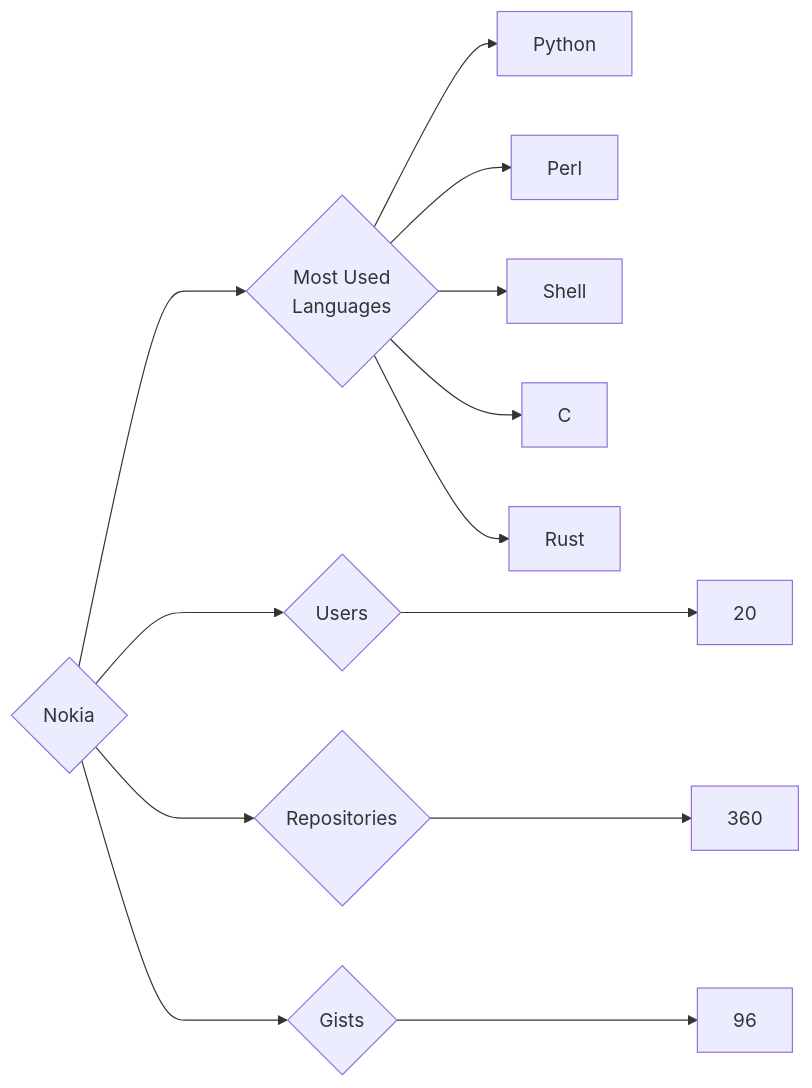
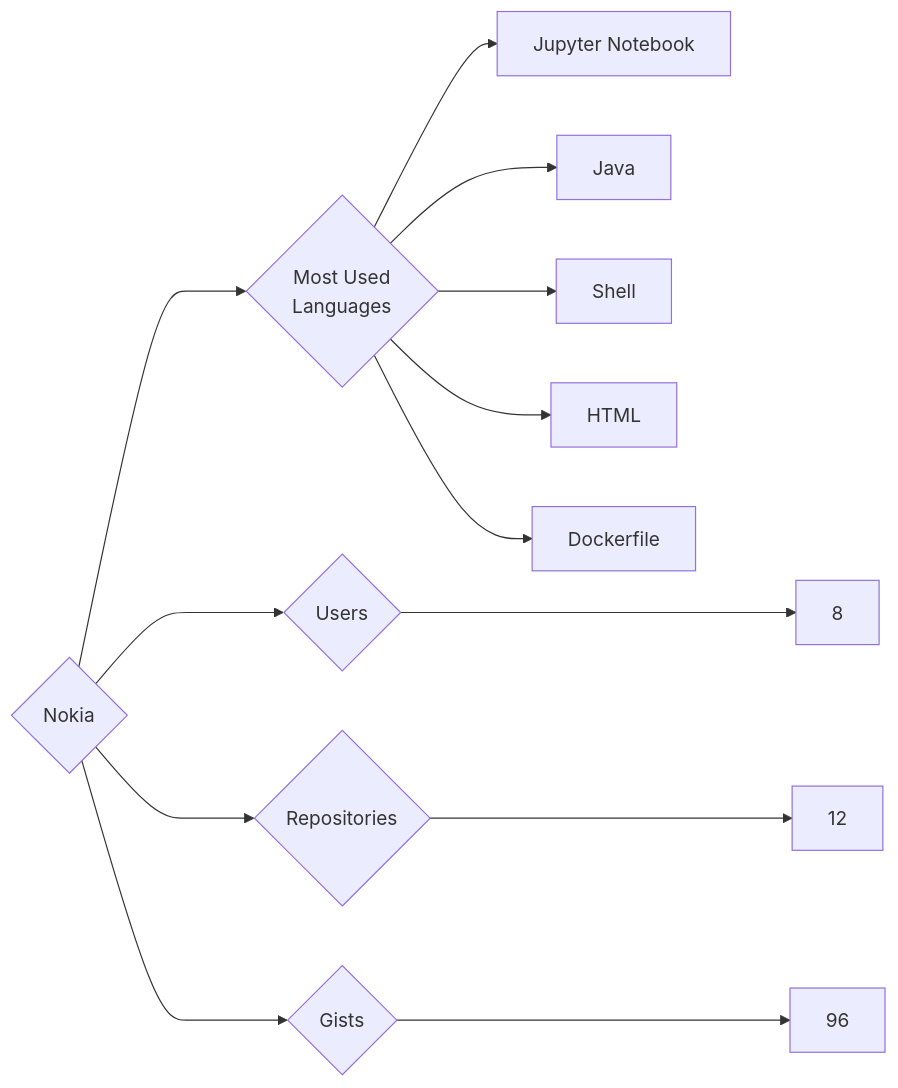
The diagram in targets/Nokia/README.md (trickest/insiders), drawn with Mermaid before and after one commit. The commit also changed 1496 other files, not shown here.

````diff
--- a/targets/Nokia/README.md
+++ b/targets/Nokia/README.md
@@ -3,13 +3,13 @@
 ```mermaid
 graph LR
 COMPANY_NAME{Nokia}
-COMPANY_NAME ---> U{Users} ---> UN[20]
-COMPANY_NAME ---> R{Repositories} ---> RN[360]
+COMPANY_NAME ---> U{Users} ---> UN[8]
+COMPANY_NAME ---> R{Repositories} ---> RN[12]
 COMPANY_NAME ---> G{Gists} ---> GN[96]
 COMPANY_NAME ---> ML{Most Used<br>Languages}
-ML --> Python[Python]
-ML --> Perl[Perl]
+ML --> Jupyter_Notebook[Jupyter Notebook]
+ML --> Java[Java]
 ML --> Shell[Shell]
-ML --> C[C]
-ML --> Rust[Rust]
+ML --> HTML[HTML]
+ML --> Dockerfile[Dockerfile]
 ```
````
